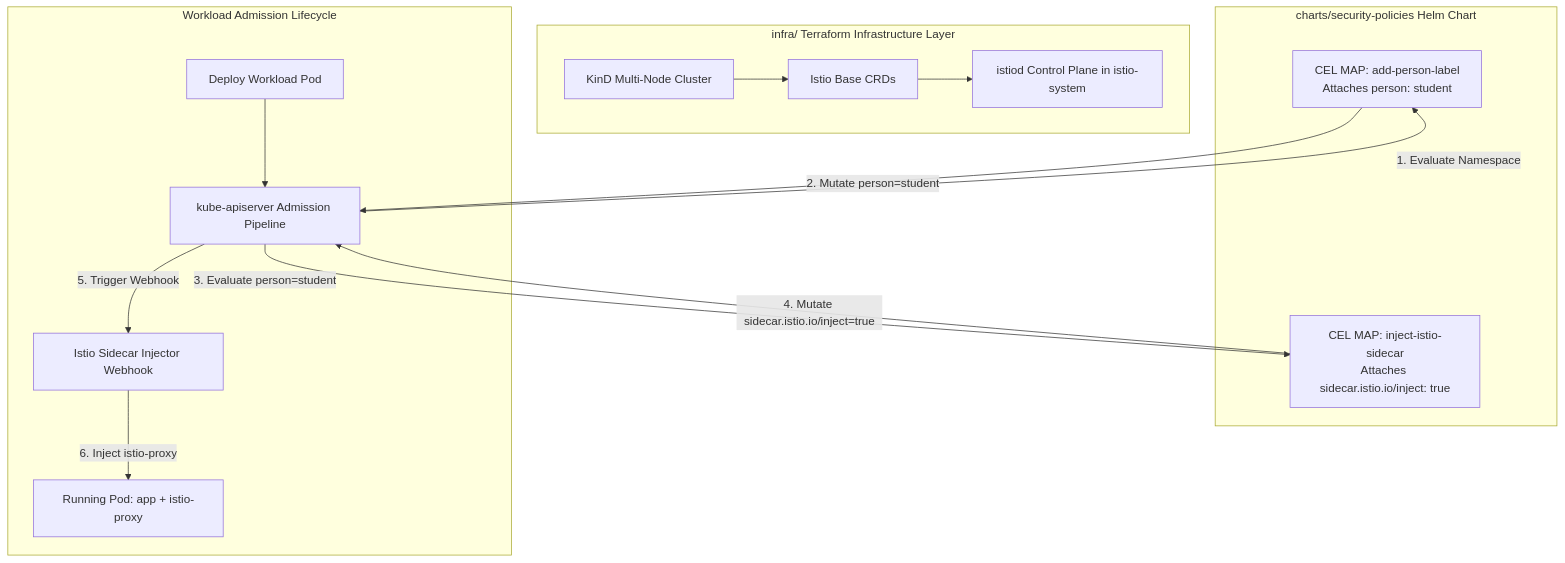
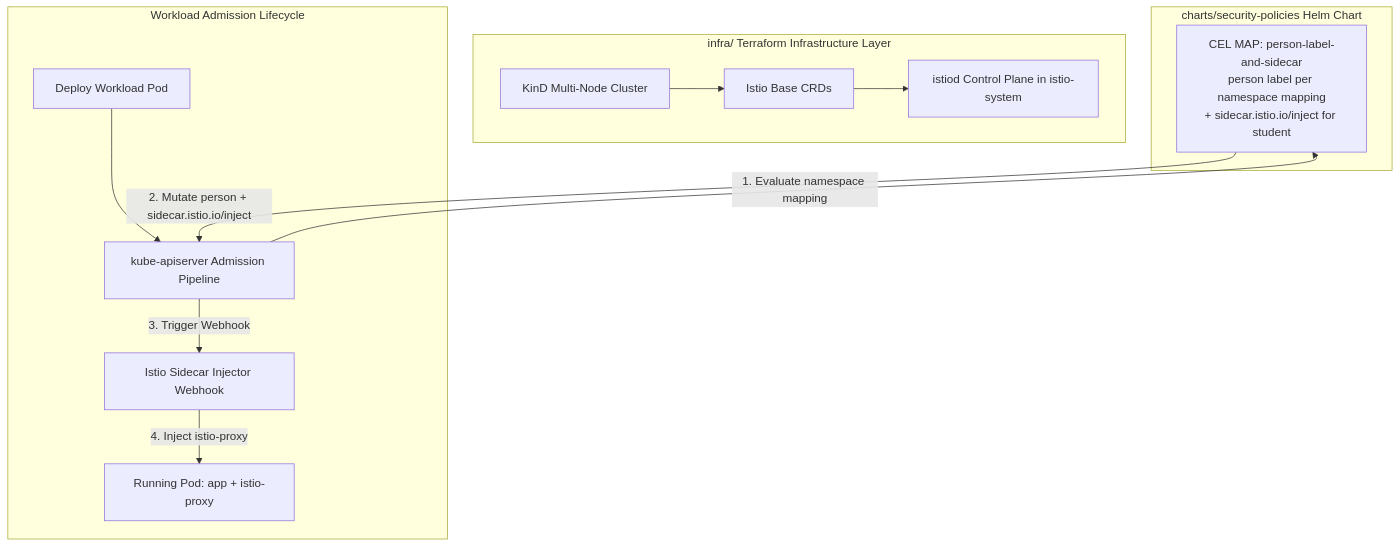
One commit to brokerUA/fwdays-kubernetes-in-production-labs changed the diagram in docs/module-04-service-mesh.md. Above: the diagram before and after it, drawn with Mermaid. The commit also changed other lines of this file and 7 other files, not shown here.

First line of the commit message:
fix: merge person-label and istio-sidecar MAPs into one order-independent policy

````diff
--- a/docs/module-04-service-mesh.md
+++ b/docs/module-04-service-mesh.md
@@ -24,22 +26,19 @@
 ```mermaid
 graph TD
   subgraph InfraLayer[infra/ Terraform Infrastructure Layer]
     Kind[KinD Multi-Node Cluster] --> IstioBase[Istio Base CRDs]
     IstioBase --> Istiod[istiod Control Plane in istio-system]
   end
 
   subgraph SecurityPolicies[charts/security-policies Helm Chart]
-    MAP_Person[CEL MAP: add-person-label<br/>Attaches person: student]
-    MAP_Istio[CEL MAP: inject-istio-sidecar<br/>Attaches sidecar.istio.io/inject: true]
+    MAP[CEL MAP: person-label-and-sidecar<br/>person label per namespace mapping<br/>+ sidecar.istio.io/inject for student]
   end
 
   subgraph AdmissionFlow[Workload Admission Lifecycle]
     Client[Deploy Workload Pod] --> APIServer[kube-apiserver Admission Pipeline]
-    APIServer -->|1. Evaluate Namespace| MAP_Person
-    MAP_Person -->|2. Mutate person=student| APIServer
-    APIServer -->|3. Evaluate person=student| MAP_Istio
-    MAP_Istio -->|4. Mutate sidecar.istio.io/inject=true| APIServer
-    APIServer -->|5. Trigger Webhook| Injector[Istio Sidecar Injector Webhook]
-    Injector -->|6. Inject istio-proxy| RunningPod[Running Pod: app + istio-proxy]
+    APIServer -->|1. Evaluate namespace mapping| MAP
+    MAP -->|2. Mutate person + sidecar.istio.io/inject| APIServer
+    APIServer -->|3. Trigger Webhook| Injector[Istio Sidecar Injector Webhook]
+    Injector -->|4. Inject istio-proxy| RunningPod[Running Pod: app + istio-proxy]
   end
 ```
````
